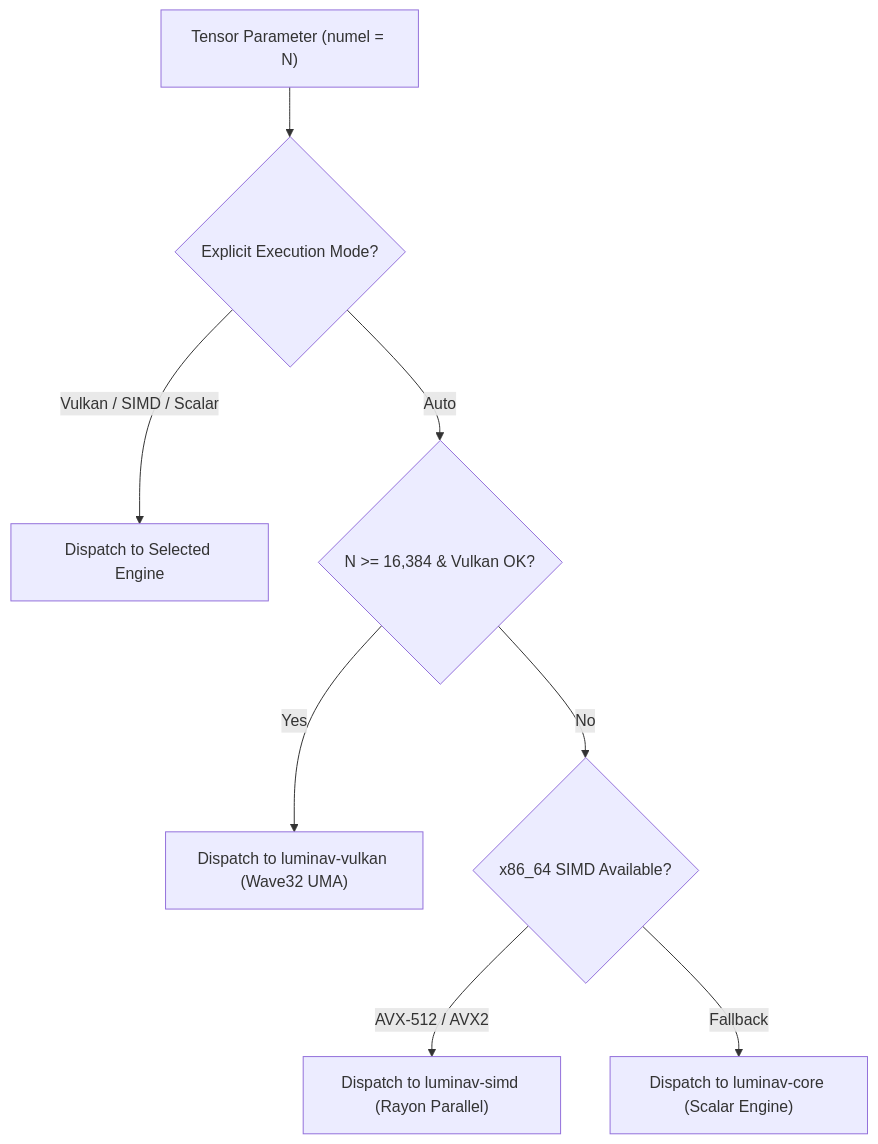
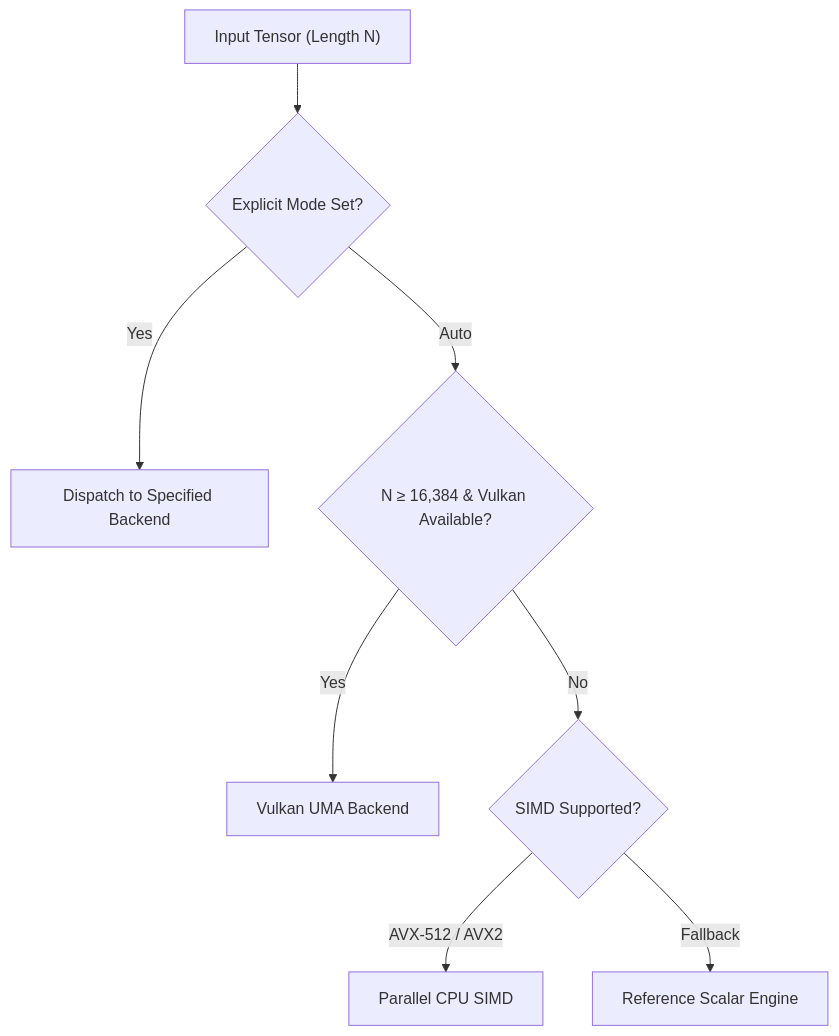
The second of 2 diagrams in docs/optimize/dispatch/README.md (cloverx-id/luminamoon), drawn with Mermaid before and after one commit. The commit also changed other lines of this file and 33 other files, not shown here.

Commit message:
change diagram style

````diff
--- a/docs/optimize/dispatch/README.md
+++ b/docs/optimize/dispatch/README.md
@@ -33,13 +36,13 @@
 ```mermaid
 flowchart TD
-    Input["Tensor Parameter (numel = N)"] --> CheckExplicit{"Explicit Execution Mode?"}
-    
-    CheckExplicit -->|"Vulkan / SIMD / Scalar"| ExecSelected["Dispatch to Selected Engine"]
-    CheckExplicit -->|"Auto"| CheckGPU{"N >= 16,384 & Vulkan OK?"}
+    Tensor["Input Tensor (Length N)"] --> ModeCheck{"Explicit Mode Set?"}
 
-    CheckGPU -->|"Yes"| DispatchVK["Dispatch to luminav-vulkan (Wave32 UMA)"]
-    CheckGPU -->|"No"| CheckSIMD{"x86_64 SIMD Available?"}
+    ModeCheck -->|"Yes"| ManualExec["Dispatch to Specified Backend"]
+    ModeCheck -->|"Auto"| SizeCheck{"N &ge; 16,384 & Vulkan Available?"}
 
-    CheckSIMD -->|"AVX-512 / AVX2"| DispatchSIMD["Dispatch to luminav-simd (Rayon Parallel)"]
-    CheckSIMD -->|"Fallback"| DispatchScalar["Dispatch to luminav-core (Scalar Engine)"]
+    SizeCheck -->|"Yes"| ExecVulkan["Vulkan UMA Backend"]
+    SizeCheck -->|"No"| SIMDCheck{"SIMD Supported?"}
+
+    SIMDCheck -->|"AVX-512 / AVX2"| ExecSIMD["Parallel CPU SIMD"]
+    SIMDCheck -->|"Fallback"| ExecScalar["Reference Scalar Engine"]
 ```
````
